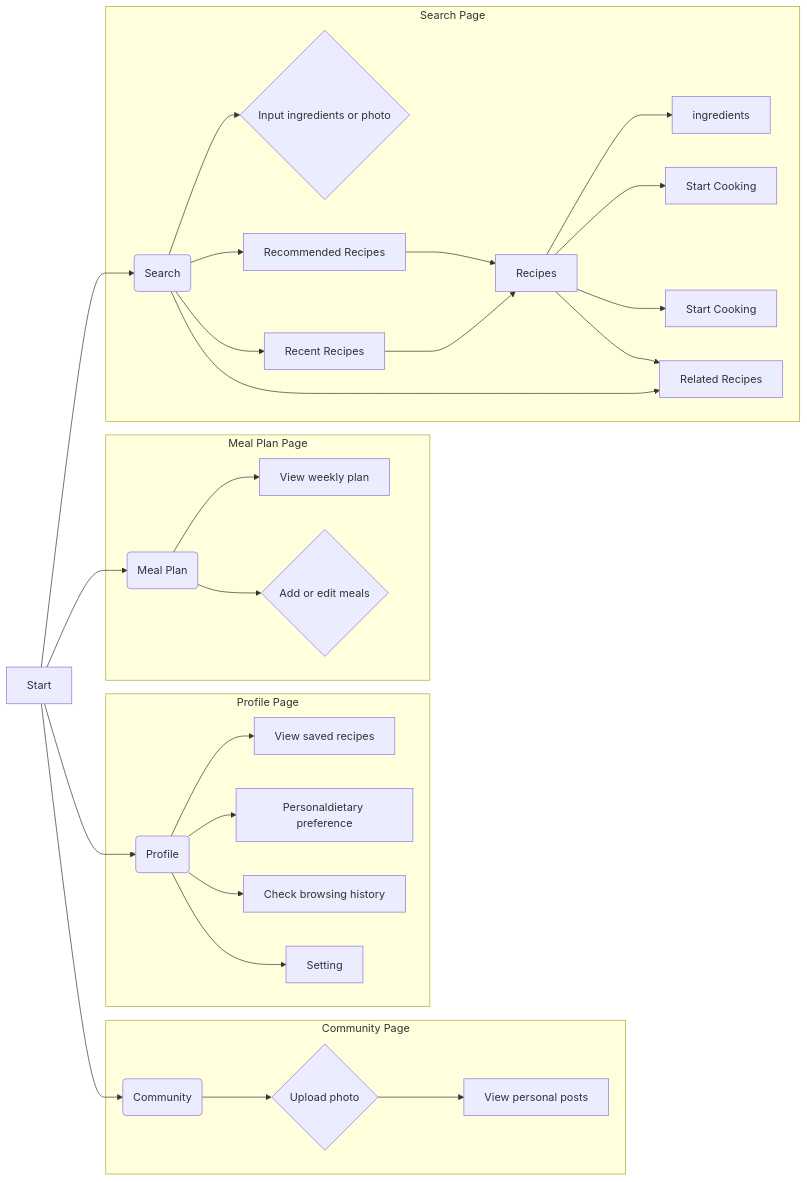
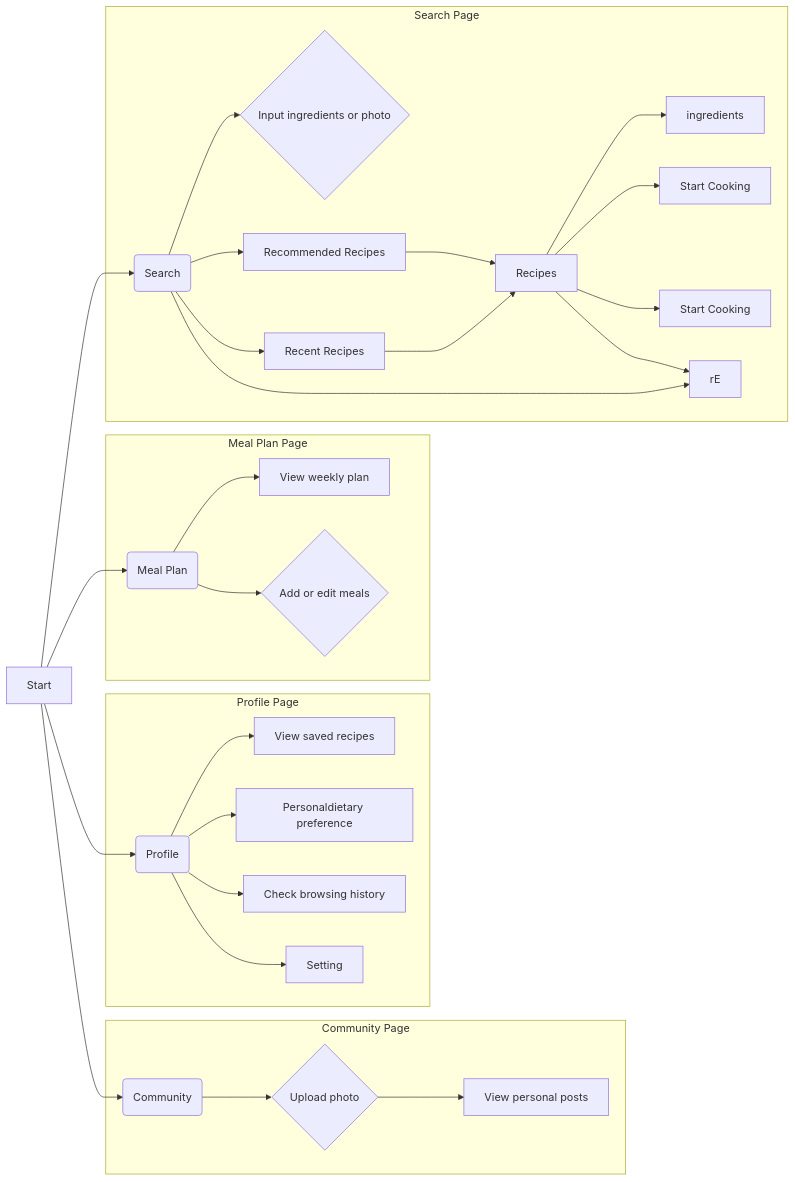
One commit to seven8301/iodraw-files changed the diagram in all/未命名-2.md. Above: the diagram before and after it, drawn with Mermaid.

Commit message:
2025-04-09 20:46:21 update

````diff
--- a/all/未命名-2.md
+++ b/all/未命名-2.md
@@ -1,37 +1,37 @@
 ```mermaid
 graph LR
     A[Start] --> B(Search);
     A --> C(Community);
     A --> D(Meal Plan);
     A --> E(Profile);
 
     
     subgraph "Profile Page"
         E --> L[View saved recipes];
         E --> Q[Personaldietary preference];
         E --> M[Check browsing history];
         E --> P[Setting];
 
         
     end
       subgraph "Meal Plan Page"
         D --> J[View weekly plan];
         D --> K{Add or edit meals};
     end
      subgraph "Community Page"
         C --> H{Upload photo};
         H --> I[View personal posts];
     end
     subgraph "Search Page"
         B --> F{Input ingredients or photo};
         B --> G[Recommended Recipes];
         G --> R[Recipes];
         O --> R[Recipes];
         R --> S[ingredients];
         R --> T[Start Cooking];
         R --> U[Start Cooking];
         R --> V[Start Cooking];
-        B --> V[Related Recipes];
+        B --> V[rE];
         B --> O[Recent Recipes];
     end
 ```
````
